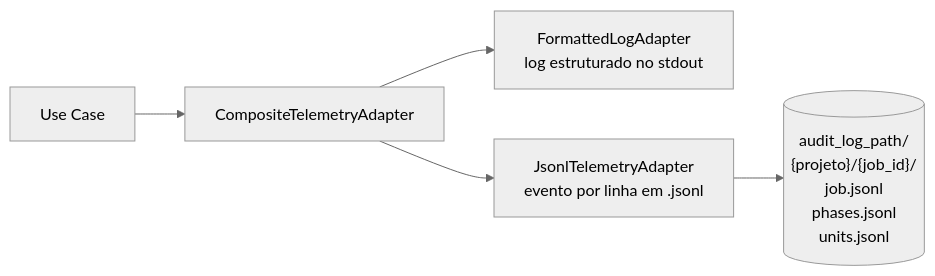
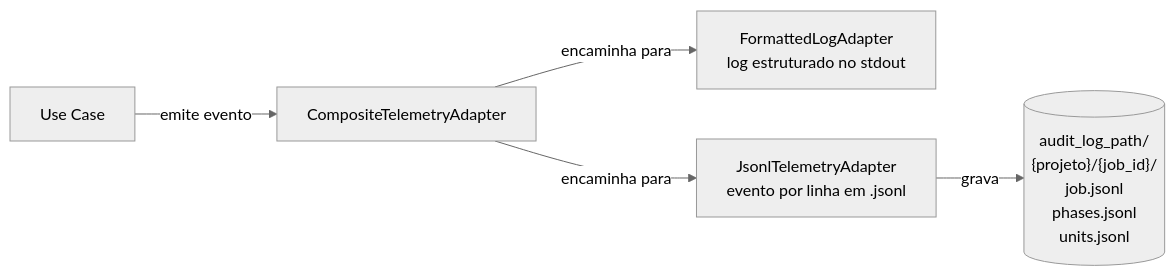
One commit to rafael-romao/cidacsrl changed the sixth of 6 diagrams in docs/architecture/execution-flows.md. Above: the diagram before and after it, drawn with Mermaid (neutral theme). The commit also changed other lines of this file and 1 other file, not shown here.

Commit message:
chore: add subtitles

````diff
--- a/docs/architecture/execution-flows.md
+++ b/docs/architecture/execution-flows.md
@@ -140,7 +140,7 @@
 ```mermaid
 flowchart LR
-    UC["Use Case"] --> CT["CompositeTelemetryAdapter"]
-    CT --> FL["FormattedLogAdapter\nlog estruturado no stdout"]
-    CT --> JL["JsonlTelemetryAdapter\nevento por linha em .jsonl"]
-    JL --> DISK[("audit_log_path/\n  {projeto}/{job_id}/\n    job.jsonl\n    phases.jsonl\n    units.jsonl")]
+    UC["Use Case"] -->|"emite evento"| CT["CompositeTelemetryAdapter"]
+    CT -->|"encaminha para"| FL["FormattedLogAdapter\nlog estruturado no stdout"]
+    CT -->|"encaminha para"| JL["JsonlTelemetryAdapter\nevento por linha em .jsonl"]
+    JL -->|"grava"| DISK[("audit_log_path/\n  {projeto}/{job_id}/\n    job.jsonl\n    phases.jsonl\n    units.jsonl")]
 ```
````
